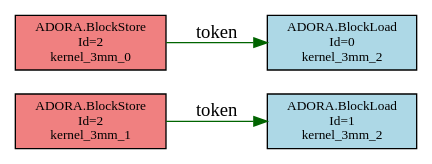
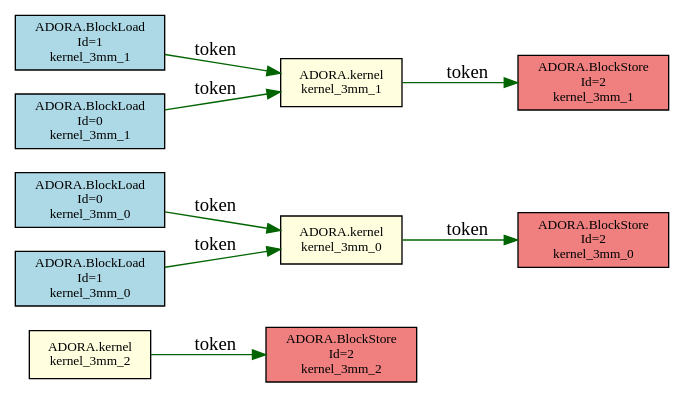
The diagram in experiment/taskschedule/03_3mm/tokens.dot (FDU-ME-ARC/adora-compiler), drawn with Graphviz before and after one commit. The commit also changed 14 other files, not shown here.

```diff
--- a/experiment/taskschedule/03_3mm/tokens.dot
+++ b/experiment/taskschedule/03_3mm/tokens.dot
@@ -1,10 +1,21 @@
 digraph token_graph {
   rankdir=LR;
   node [shape=box, fontsize=10];
-  "0x5563c4b2eb20" [label="ADORA.BlockStore\nId=2\nkernel_3mm_1", style=filled, fillcolor=lightcoral];
-  "0x5563c4b2f290" [label="ADORA.BlockLoad\nId=1\nkernel_3mm_2", style=filled, fillcolor=lightblue];
-  "0x5563c4b2e110" [label="ADORA.BlockStore\nId=2\nkernel_3mm_0", style=filled, fillcolor=lightcoral];
-  "0x5563c4b2f060" [label="ADORA.BlockLoad\nId=0\nkernel_3mm_2", style=filled, fillcolor=lightblue];
-  "0x5563c4b2e110" -> "0x5563c4b2f060" [label="token", color=darkgreen];
-  "0x5563c4b2eb20" -> "0x5563c4b2f290" [label="token", color=darkgreen];
+  "0x557bb463c600" [label="ADORA.BlockStore\nId=2\nkernel_3mm_2", style=filled, fillcolor=lightcoral];
+  "0x557bb463a5a0" [label="ADORA.BlockLoad\nId=0\nkernel_3mm_0", style=filled, fillcolor=lightblue];
+  "0x557bb463b520" [label="ADORA.BlockStore\nId=2\nkernel_3mm_1", style=filled, fillcolor=lightcoral];
+  "0x557bb463b470" [label="ADORA.kernel\nkernel_3mm_1", style=filled, fillcolor=lightyellow];
+  "0x557bb463b060" [label="ADORA.kernel\nkernel_3mm_0", style=filled, fillcolor=lightyellow];
+  "0x557bb4636520" [label="ADORA.BlockStore\nId=2\nkernel_3mm_0", style=filled, fillcolor=lightcoral];
+  "0x557bb463b3b0" [label="ADORA.BlockLoad\nId=1\nkernel_3mm_1", style=filled, fillcolor=lightblue];
+  "0x557bb462d0b0" [label="ADORA.kernel\nkernel_3mm_2", style=filled, fillcolor=lightyellow];
+  "0x557bb463afa0" [label="ADORA.BlockLoad\nId=1\nkernel_3mm_0", style=filled, fillcolor=lightblue];
+  "0x557bb460c5f0" [label="ADORA.BlockLoad\nId=0\nkernel_3mm_1", style=filled, fillcolor=lightblue];
+  "0x557bb463a5a0" -> "0x557bb463b060" [label="token", color=darkgreen];
+  "0x557bb463afa0" -> "0x557bb463b060" [label="token", color=darkgreen];
+  "0x557bb463b060" -> "0x557bb4636520" [label="token", color=darkgreen];
+  "0x557bb460c5f0" -> "0x557bb463b470" [label="token", color=darkgreen];
+  "0x557bb463b3b0" -> "0x557bb463b470" [label="token", color=darkgreen];
+  "0x557bb463b470" -> "0x557bb463b520" [label="token", color=darkgreen];
+  "0x557bb462d0b0" -> "0x557bb463c600" [label="token", color=darkgreen];
 }
```
